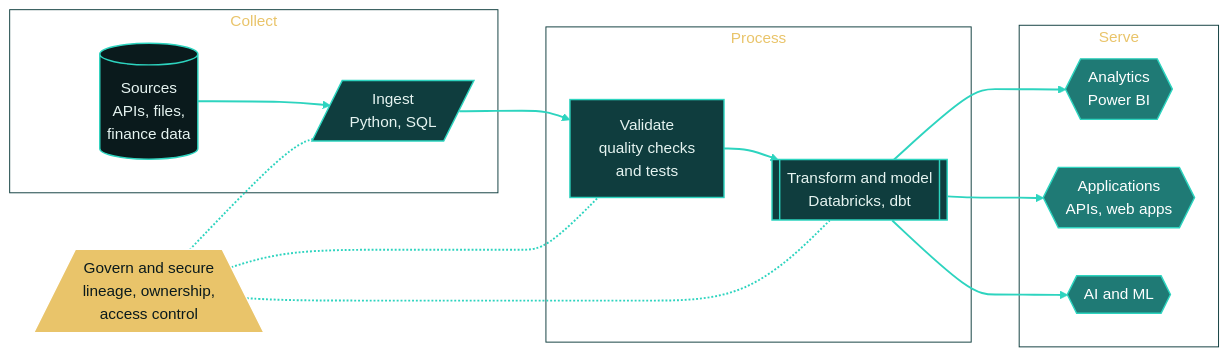
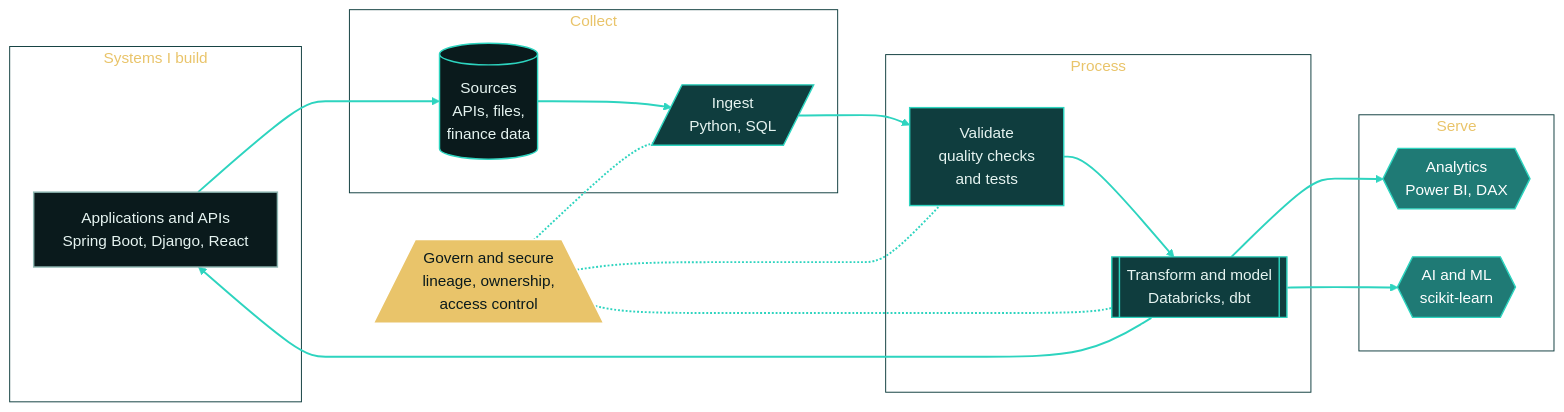
The second of 2 diagrams in README.md (Sitina-Celine/Sitina-Celine), drawn with Mermaid before and after one commit. The commit also changed other lines of this file, not shown here.

````diff
--- a/README.md
+++ b/README.md
@@ -36,43 +57,49 @@
 ```mermaid
 flowchart LR
+    subgraph SYS[" Systems I build "]
+        S[Applications and APIs<br/>Spring Boot, Django, React]
+    end
+
     subgraph COLLECT[" Collect "]
         A[(Sources<br/>APIs, files,<br/>finance data)]
         B[/Ingest<br/>Python, SQL/]
     end
 
     subgraph PROCESS[" Process "]
         V[Validate<br/>quality checks<br/>and tests]
         C[[Transform and model<br/>Databricks, dbt]]
     end
 
     subgraph SERVE[" Serve "]
-        D{{Analytics<br/>Power BI}}
-        E{{Applications<br/>APIs, web apps}}
-        F{{AI and ML}}
+        D{{Analytics<br/>Power BI, DAX}}
+        F{{AI and ML<br/>scikit-learn}}
     end
 
     G[/Govern and secure<br/>lineage, ownership,<br/>access control\]
 
+    S ==> A
     A ==> B ==> V ==> C
     C ==> D
-    C ==> E
     C ==> F
+    C ==> S
 
     G -.- B
     G -.- V
     G -.- C
 
+    classDef system fill:#0a1a1c,stroke:#8fb8b3,stroke-width:1.5px,color:#e6f4f1
     classDef source fill:#0a1a1c,stroke:#2dd4bf,stroke-width:1.5px,color:#e6f4f1
     classDef pipe fill:#0f3d3e,stroke:#2dd4bf,stroke-width:1.5px,color:#e6f4f1
     classDef output fill:#1f7a75,stroke:#2dd4bf,stroke-width:1.5px,color:#ffffff
     classDef accent fill:#e9c46a,stroke:#ffffff,stroke-width:1.5px,color:#0a1a1c
     classDef group fill:transparent,stroke:#0f3d3e,stroke-width:1px,color:#e9c46a
 
+    class S system
     class A source
     class B,V,C pipe
-    class D,E,F output
+    class D,F output
     class G accent
-    class COLLECT,PROCESS,SERVE group
+    class SYS,COLLECT,PROCESS,SERVE group
 
     linkStyle default stroke:#2dd4bf,stroke-width:2px
 ```
````
